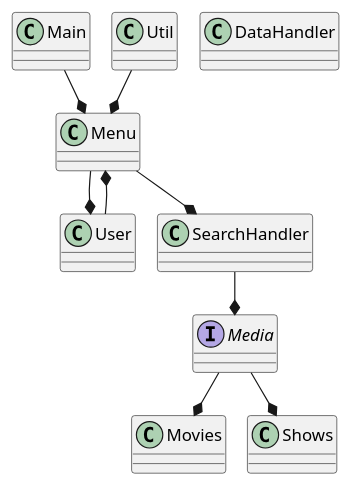
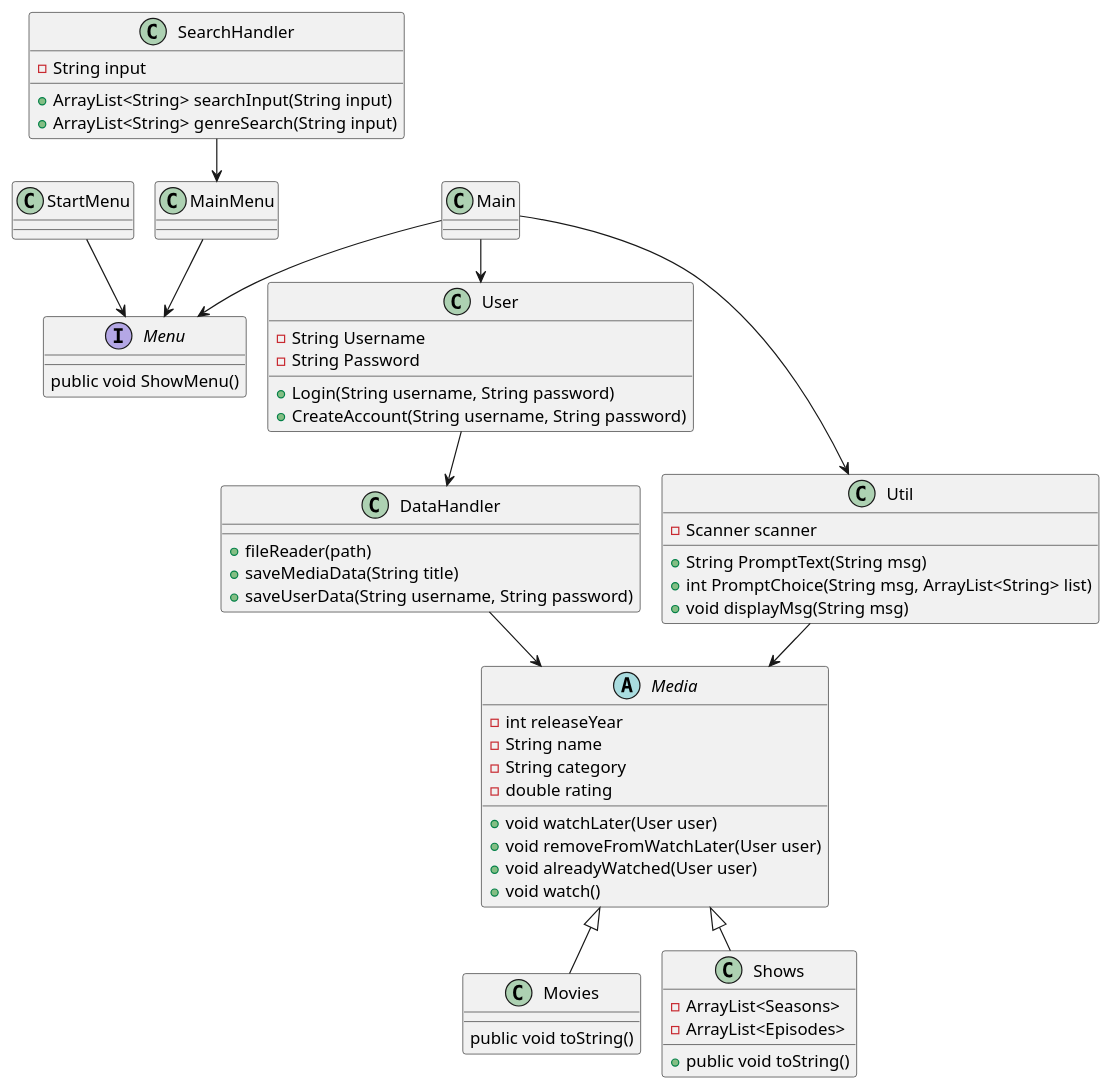
The diagram in .idea/ClassDiagram.puml (ValdemarLarsen02/SP3GruppeD), drawn with PlantUML before and after one commit.

```diff
--- a/.idea/ClassDiagram.puml
+++ b/.idea/ClassDiagram.puml
@@ -1,41 +1,83 @@
 @startuml
 !pragma layout smetana
 
 Class Main{
 }
 
-Class Menu{
+Interface Menu{
+public void ShowMenu()
+}
+
+Class StartMenu{
+}
+
+Class MainMenu{
 }
 
 Class User{
-
+- String Username
+- String Password
++ Login(String username, String password)
++ CreateAccount(String username, String password)
 }
 
-Class SearchHandler{
+Class SearchHandler {
+- String input
++ ArrayList<String> searchInput(String input)
++ ArrayList<String> genreSearch(String input)
 }
 
 Class DataHandler{
++ fileReader(path)
++ saveMediaData(String title)
++ saveUserData(String username, String password)
 }
 
-Interface Media{
+Abstract Media{
+- int releaseYear
+- String name
+- String category
+- double rating
++ void watchLater(User user)
++ void removeFromWatchLater(User user)
++ void alreadyWatched(User user)
++ void watch()
 }
 
 Class Util{
+- Scanner scanner
++ String PromptText(String msg)
++ int PromptChoice(String msg, ArrayList<String> list)
++ void displayMsg(String msg)
 }
 
 Class Movies{
+public void toString()
 }
 
 Class Shows{
+- ArrayList<Seasons>
+- ArrayList<Episodes>
++ public void toString()
 }
 
-Main --* Menu
-Menu --* User
-User --* Menu
-Util --* Menu
-Menu --* SearchHandler
-SearchHandler --* Media
-Media --* Movies
-Media --* Shows
+Main --> Menu
+Main --> Util
+Main --> User
+StartMenu --> Menu
+MainMenu --> Menu
+Util --> Media
+Media <|-- Shows
+Media <|-- Movies
+User --> DataHandler
+DataHandler --> Media
+SearchHandler --> MainMenu
+
+
+
+
+
+
+
 
 @enduml
```
